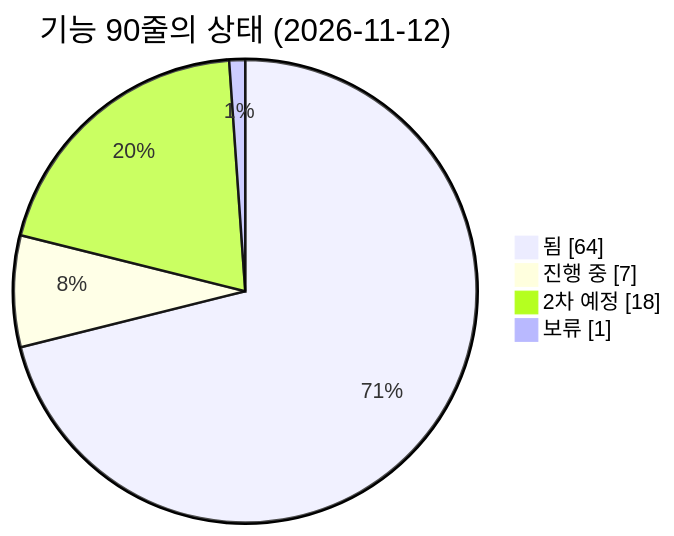
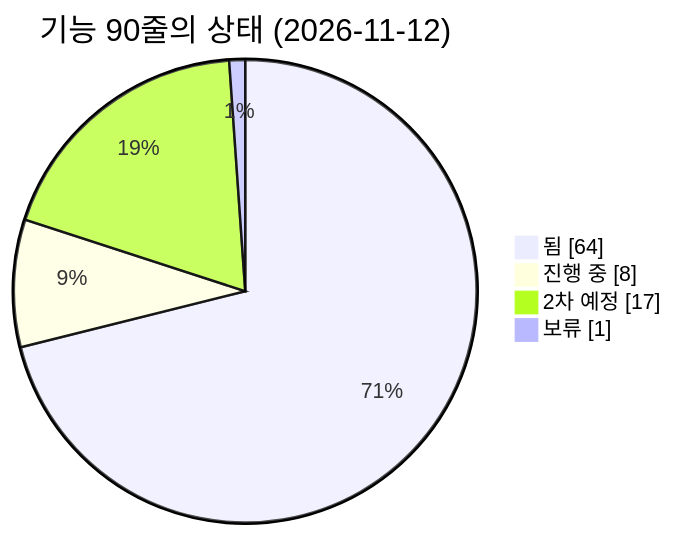
The first of 4 diagrams in docs/map/feature-map.md (agent-ddalgi-team/final-geosan), drawn with Mermaid before and after one commit. The commit also changed other lines of this file and 4 other files, not shown here.

````diff
--- a/docs/map/feature-map.md
+++ b/docs/map/feature-map.md
@@ -31,8 +31,8 @@
 ```mermaid
 pie showData
     title 기능 90줄의 상태 (2026-11-12)
     "됨" : 64
-    "진행 중" : 7
-    "2차 예정" : 18
+    "진행 중" : 8
+    "2차 예정" : 17
     "보류" : 1
 ```
````
